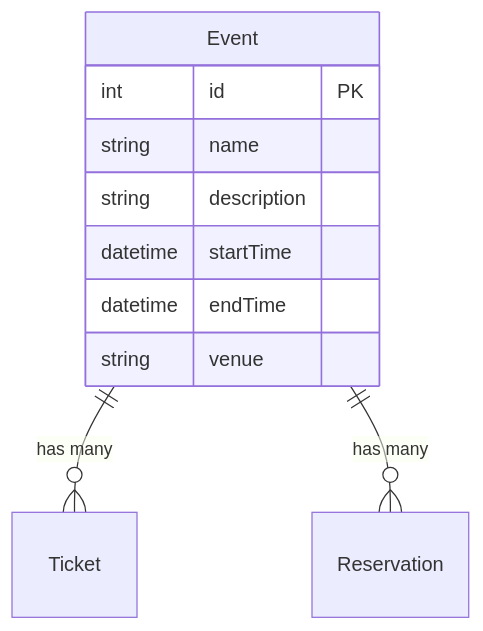
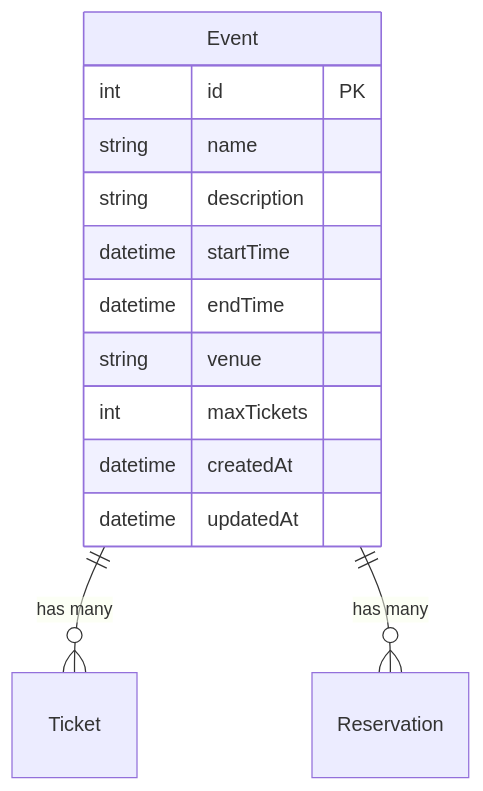
Before and after one commit to naufaldi/event-book-system: the first of 4 diagrams in rfc/database.md, drawn with Mermaid. The commit also changed other lines of this file and 10 other files, not shown here.

````diff
--- a/rfc/database.md
+++ b/rfc/database.md
@@ -13,13 +13,16 @@
 ```mermaid
 erDiagram
     Event {
         int id PK
         string name
         string description
         datetime startTime
         datetime endTime
         string venue
+        int maxTickets
+        datetime createdAt
+        datetime updatedAt
     }
     Event ||--o{ Ticket : "has many"
     Event ||--o{ Reservation : "has many"
 ```
````
